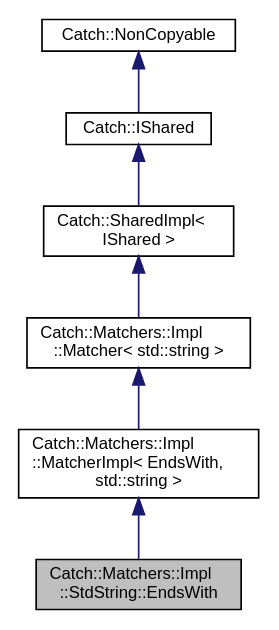
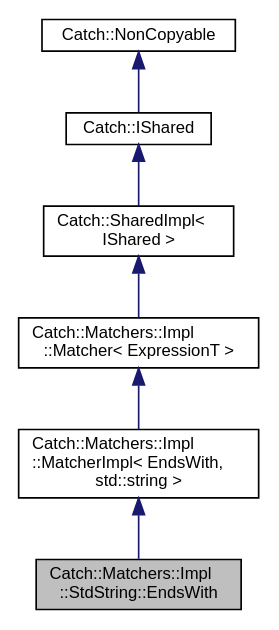
One commit to cp3-llbb/cp3-llbb.github.io changed the diagram in doxyfwk/structCatch_1_1Matchers_1_1Impl_1_1StdString_1_1EndsWith__inherit__graph.dot. Above: the diagram before and after it, drawn with Graphviz. The commit also changed 744 other files, not shown here.

```diff
--- a/doxyfwk/structCatch_1_1Matchers_1_1Impl_1_1StdString_1_1EndsWith__inherit__graph.dot
+++ b/doxyfwk/structCatch_1_1Matchers_1_1Impl_1_1StdString_1_1EndsWith__inherit__graph.dot
@@ -1,17 +1,17 @@
 digraph "Catch::Matchers::Impl::StdString::EndsWith"
 {
  // LATEX_PDF_SIZE
   edge [fontname="Helvetica",fontsize="10",labelfontname="Helvetica",labelfontsize="10"];
   node [fontname="Helvetica",fontsize="10",shape=record];
   Node1 [label="Catch::Matchers::Impl\l::StdString::EndsWith",height=0.2,width=0.4,color="black", fillcolor="grey75", style="filled", fontcolor="black",tooltip=" "];
   Node2 -> Node1 [dir="back",color="midnightblue",fontsize="10",style="solid",fontname="Helvetica"];
   Node2 [label="Catch::Matchers::Impl\l::MatcherImpl\< EndsWith,\l std::string \>",height=0.2,width=0.4,color="black", fillcolor="white", style="filled",URL="$structCatch_1_1Matchers_1_1Impl_1_1MatcherImpl.html",tooltip=" "];
   Node3 -> Node2 [dir="back",color="midnightblue",fontsize="10",style="solid",fontname="Helvetica"];
-  Node3 [label="Catch::Matchers::Impl\l::Matcher\< std::string \>",height=0.2,width=0.4,color="black", fillcolor="white", style="filled",URL="$structCatch_1_1Matchers_1_1Impl_1_1Matcher.html",tooltip=" "];
+  Node3 [label="Catch::Matchers::Impl\l::Matcher\< ExpressionT \>",height=0.2,width=0.4,color="black", fillcolor="white", style="filled",URL="$structCatch_1_1Matchers_1_1Impl_1_1Matcher.html",tooltip=" "];
   Node4 -> Node3 [dir="back",color="midnightblue",fontsize="10",style="solid",fontname="Helvetica"];
   Node4 [label="Catch::SharedImpl\<\l IShared \>",height=0.2,width=0.4,color="black", fillcolor="white", style="filled",URL="$structCatch_1_1SharedImpl.html",tooltip=" "];
   Node5 -> Node4 [dir="back",color="midnightblue",fontsize="10",style="solid",fontname="Helvetica"];
   Node5 [label="Catch::IShared",height=0.2,width=0.4,color="black", fillcolor="white", style="filled",URL="$structCatch_1_1IShared.html",tooltip=" "];
   Node6 -> Node5 [dir="back",color="midnightblue",fontsize="10",style="solid",fontname="Helvetica"];
   Node6 [label="Catch::NonCopyable",height=0.2,width=0.4,color="black", fillcolor="white", style="filled",URL="$classCatch_1_1NonCopyable.html",tooltip=" "];
 }
```
